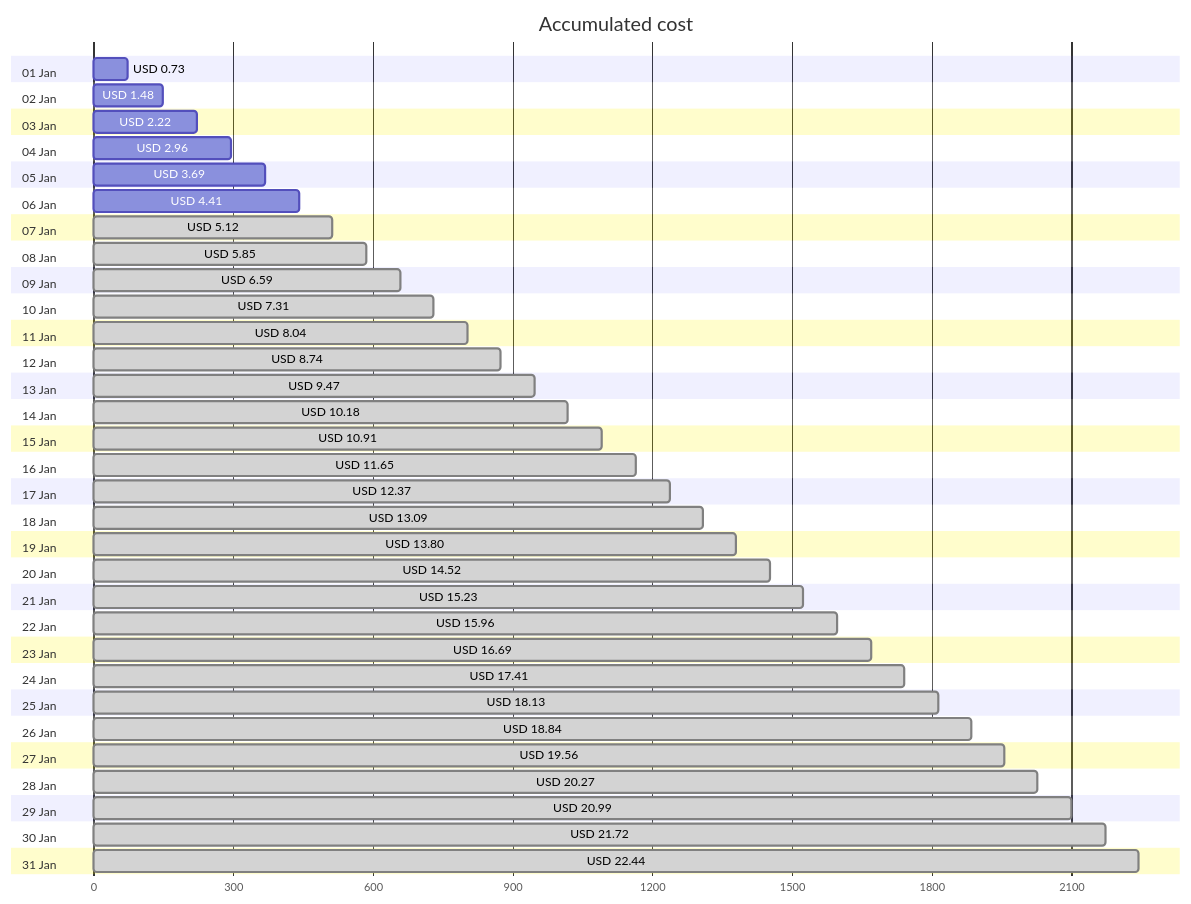
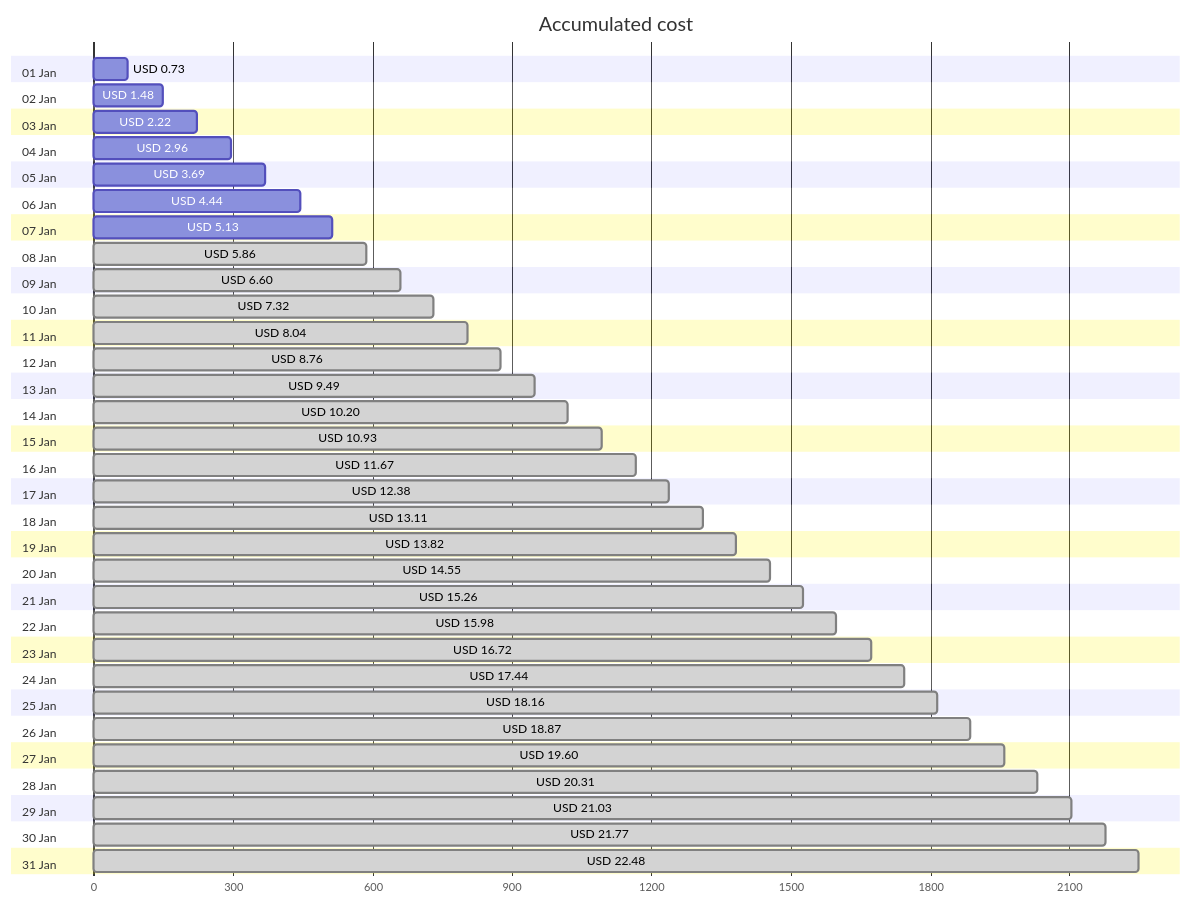
The first of 4 diagrams in cost-reports/personal-network/backup-server-data-disk.md (jpfulton/azure-personal-reports), drawn with Mermaid before and after one commit. The commit also changed other lines of this file and 8 other files, not shown here.

````diff
--- a/cost-reports/personal-network/backup-server-data-disk.md
+++ b/cost-reports/personal-network/backup-server-data-disk.md
@@ -20,68 +20,68 @@
 ```mermaid
 gantt
    title Accumulated cost
    dateFormat  X
    axisFormat %s
    section 01 Jan
    USD 0.73 :0, 73
    section 02 Jan
    USD 1.48 :0, 148
    section 03 Jan
    USD 2.22 :0, 222
    section 04 Jan
    USD 2.96 :0, 296
    section 05 Jan
    USD 3.69 :0, 369
    section 06 Jan
-   USD 4.41 :0, 441
+   USD 4.44 :0, 444
    section 07 Jan
-   USD 5.12 : done, 0, 512
+   USD 5.13 :0, 513
    section 08 Jan
-   USD 5.85 : done, 0, 585
+   USD 5.86 : done, 0, 586
    section 09 Jan
-   USD 6.59 : done, 0, 659
+   USD 6.60 : done, 0, 660
    section 10 Jan
-   USD 7.31 : done, 0, 731
+   USD 7.32 : done, 0, 732
    section 11 Jan
    USD 8.04 : done, 0, 804
    section 12 Jan
-   USD 8.74 : done, 0, 874
+   USD 8.76 : done, 0, 876
    section 13 Jan
-   USD 9.47 : done, 0, 947
+   USD 9.49 : done, 0, 949
    section 14 Jan
-   USD 10.18 : done, 0, 1018
+   USD 10.20 : done, 0, 1020
    section 15 Jan
-   USD 10.91 : done, 0, 1091
+   USD 10.93 : done, 0, 1093
    section 16 Jan
-   USD 11.65 : done, 0, 1165
+   USD 11.67 : done, 0, 1167
    section 17 Jan
-   USD 12.37 : done, 0, 1237
+   USD 12.38 : done, 0, 1238
    section 18 Jan
-   USD 13.09 : done, 0, 1309
+   USD 13.11 : done, 0, 1311
    section 19 Jan
-   USD 13.80 : done, 0, 1380
+   USD 13.82 : done, 0, 1382
    section 20 Jan
-   USD 14.52 : done, 0, 1452
+   USD 14.55 : done, 0, 1455
    section 21 Jan
-   USD 15.23 : done, 0, 1523
+   USD 15.26 : done, 0, 1526
    section 22 Jan
-   USD 15.96 : done, 0, 1596
+   USD 15.98 : done, 0, 1598
    section 23 Jan
-   USD 16.69 : done, 0, 1669
+   USD 16.72 : done, 0, 1672
    section 24 Jan
-   USD 17.41 : done, 0, 1741
+   USD 17.44 : done, 0, 1744
    section 25 Jan
-   USD 18.13 : done, 0, 1813
+   USD 18.16 : done, 0, 1816
    section 26 Jan
-   USD 18.84 : done, 0, 1884
+   USD 18.87 : done, 0, 1887
    section 27 Jan
-   USD 19.56 : done, 0, 1956
+   USD 19.60 : done, 0, 1960
    section 28 Jan
-   USD 20.27 : done, 0, 2027
+   USD 20.31 : done, 0, 2031
    section 29 Jan
-   USD 20.99 : done, 0, 2099
+   USD 21.03 : done, 0, 2103
    section 30 Jan
-   USD 21.72 : done, 0, 2172
+   USD 21.77 : done, 0, 2177
    section 31 Jan
-   USD 22.44 : done, 0, 2244
+   USD 22.48 : done, 0, 2248
 ```
````
